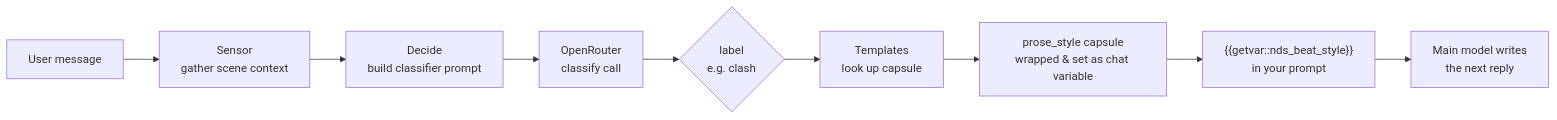
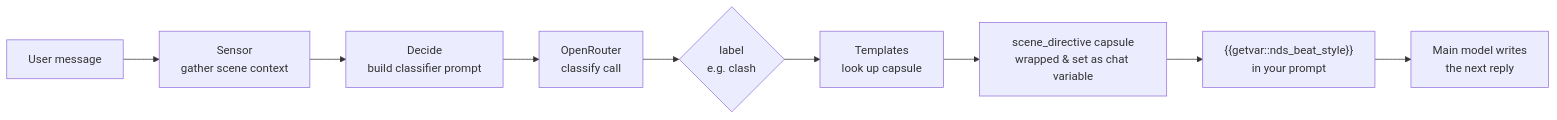
One commit to digital-desires/nds-narration-beat-switch changed the diagram in README.md. Above: the diagram before and after it, drawn with Mermaid. The commit also changed other lines of this file and 5 other files, not shown here.

````diff
--- a/README.md
+++ b/README.md
@@ -77,11 +77,11 @@
 ```mermaid
 flowchart LR
     A["User message"] --> B["Sensor\ngather scene context"]
     B --> C["Decide\nbuild classifier prompt"]
     C --> D["OpenRouter\nclassify call"]
     D --> E{"label\ne.g. clash"}
     E --> F["Templates\nlook up capsule"]
-    F --> G["prose_style capsule\nwrapped & set as chat variable"]
+    F --> G["scene_directive capsule\nwrapped & set as chat variable"]
     G --> H["{{getvar::nds_beat_style}}\nin your prompt"]
     H --> I["Main model writes\nthe next reply"]
 ```
````
